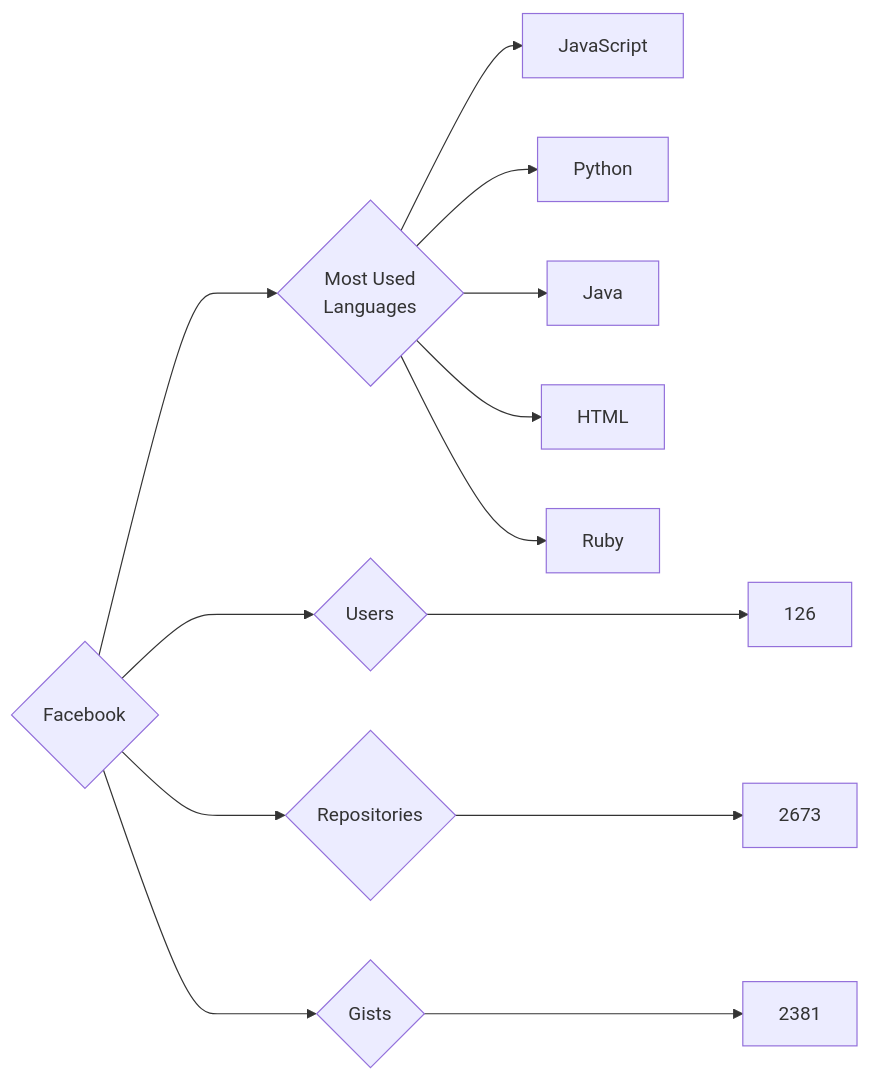
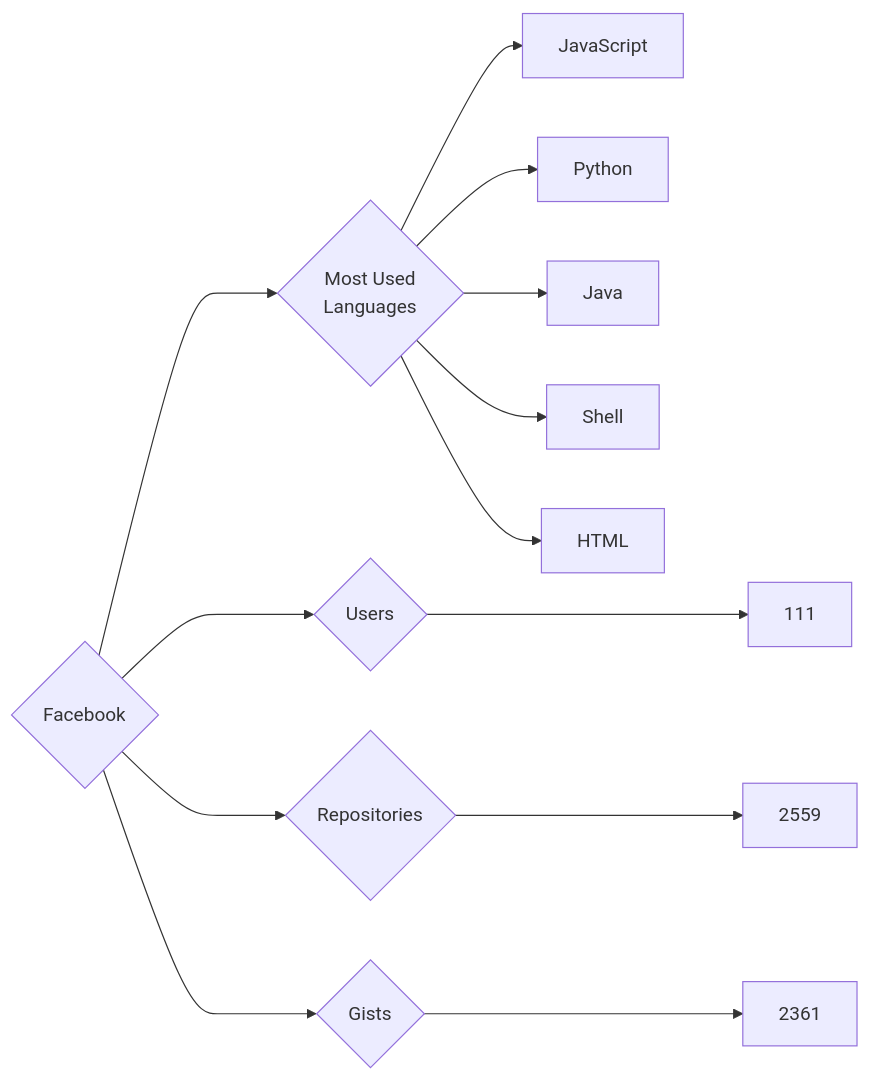
Before and after one commit to trickest/insiders: the diagram in targets/Facebook/README.md, drawn with Mermaid. The commit also changed 912 other files, not shown here.

````diff
--- a/targets/Facebook/README.md
+++ b/targets/Facebook/README.md
@@ -3,13 +3,13 @@
 ```mermaid
 graph LR
 COMPANY_NAME{Facebook}
-COMPANY_NAME ---> U{Users} ---> UN[126]
-COMPANY_NAME ---> R{Repositories} ---> RN[2673]
-COMPANY_NAME ---> G{Gists} ---> GN[2381]
+COMPANY_NAME ---> U{Users} ---> UN[111]
+COMPANY_NAME ---> R{Repositories} ---> RN[2559]
+COMPANY_NAME ---> G{Gists} ---> GN[2361]
 COMPANY_NAME ---> ML{Most Used<br>Languages}
 ML --> JavaScript[JavaScript]
 ML --> Python[Python]
 ML --> Java[Java]
+ML --> Shell[Shell]
 ML --> HTML[HTML]
-ML --> Ruby[Ruby]
 ```
````
